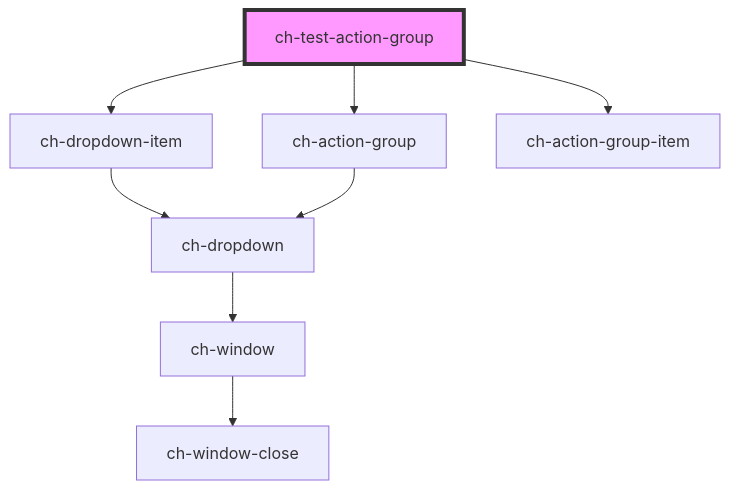
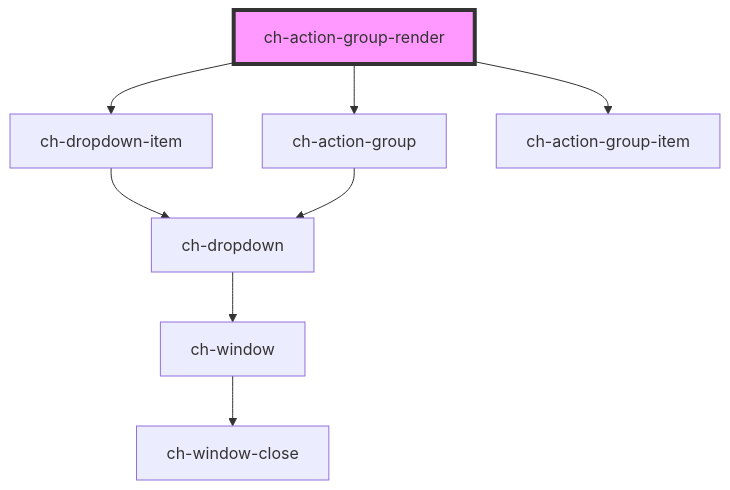
One commit to genexuslabs/chameleon-controls-library changed the diagram in src/components/renders/action-group/readme.md. Above: the diagram before and after it, drawn with Mermaid. The commit also changed other lines of this file and 6 other files, not shown here.

````diff
--- a/src/components/renders/action-group/readme.md
+++ b/src/components/renders/action-group/readme.md
@@ -30,11 +35,11 @@
 ```mermaid
 graph TD;
-  ch-test-action-group --> ch-dropdown-item
-  ch-test-action-group --> ch-action-group
-  ch-test-action-group --> ch-action-group-item
+  ch-action-group-render --> ch-dropdown-item
+  ch-action-group-render --> ch-action-group
+  ch-action-group-render --> ch-action-group-item
   ch-dropdown-item --> ch-dropdown
   ch-dropdown --> ch-window
   ch-window --> ch-window-close
   ch-action-group --> ch-dropdown
-  style ch-test-action-group fill:#f9f,stroke:#333,stroke-width:4px
+  style ch-action-group-render fill:#f9f,stroke:#333,stroke-width:4px
 ```
````
